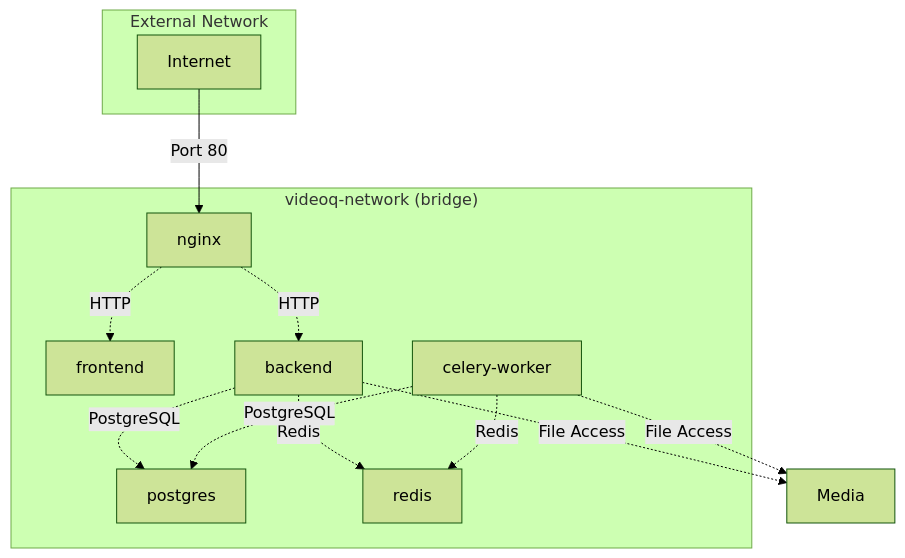
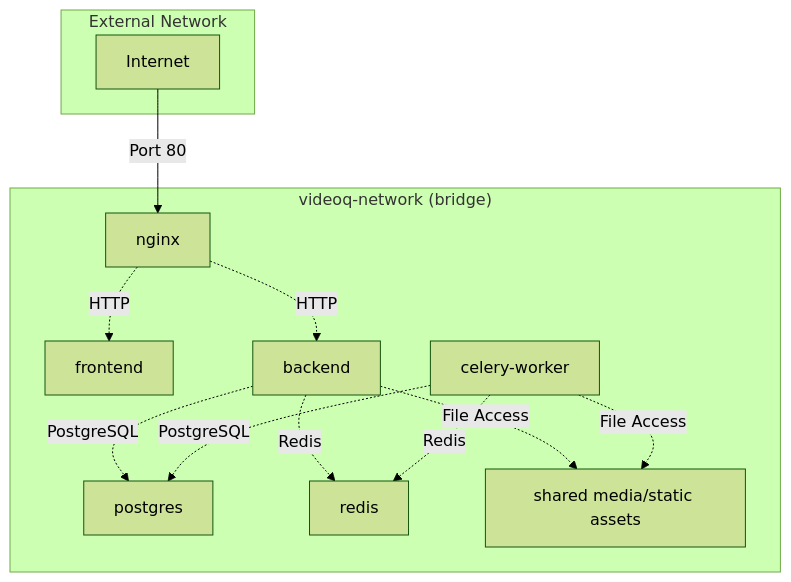
One commit to yukiharada1228/videoq changed the third of 7 diagrams in docs/design/deployment-diagram.md. Above: the diagram before and after it, drawn with Mermaid (forest theme). The commit also changed other lines of this file and 7 other files, not shown here.

````diff
--- a/docs/design/deployment-diagram.md
+++ b/docs/design/deployment-diagram.md
@@ -118,26 +118,27 @@
 ```mermaid
 graph TB
     subgraph Network["videoq-network (bridge)"]
         N1[nginx]
         N2[frontend]
         N3[backend]
         N4[celery-worker]
         N5[postgres]
         N6[redis]
+        M1[shared media/static assets]
     end
     
     N1 -.->|HTTP| N2
     N1 -.->|HTTP| N3
     N3 -.->|PostgreSQL| N5
     N3 -.->|Redis| N6
     N4 -.->|Redis| N6
     N4 -.->|PostgreSQL| N5
-    N3 -.->|File Access| Media
-    N4 -.->|File Access| Media
+    N3 -.->|File Access| M1
+    N4 -.->|File Access| M1
     
     subgraph ExternalNetwork["External Network"]
         Internet[Internet]
     end
     
     Internet -->|Port 80| N1
 ```
````
